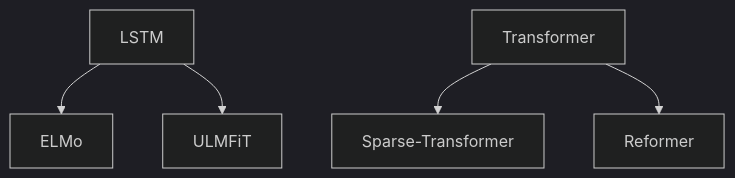
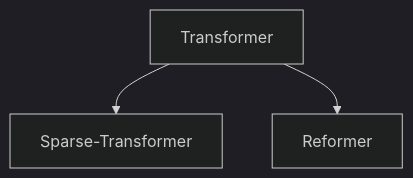
The fourth of 21 diagrams in doc/llm.md (ted-sharp/chatvox), drawn with Mermaid (dark theme) before and after one commit. The commit also changed other lines of this file, not shown here.

````diff
--- a/doc/llm.md
+++ b/doc/llm.md
@@ -149,9 +166,7 @@
 ```mermaid
 flowchart
 
-LSTM --> ELMo
-LSTM --> ULMFiT
 Transformer --> Sparse-Transformer
 Transformer --> Reformer
 
 ```
````
